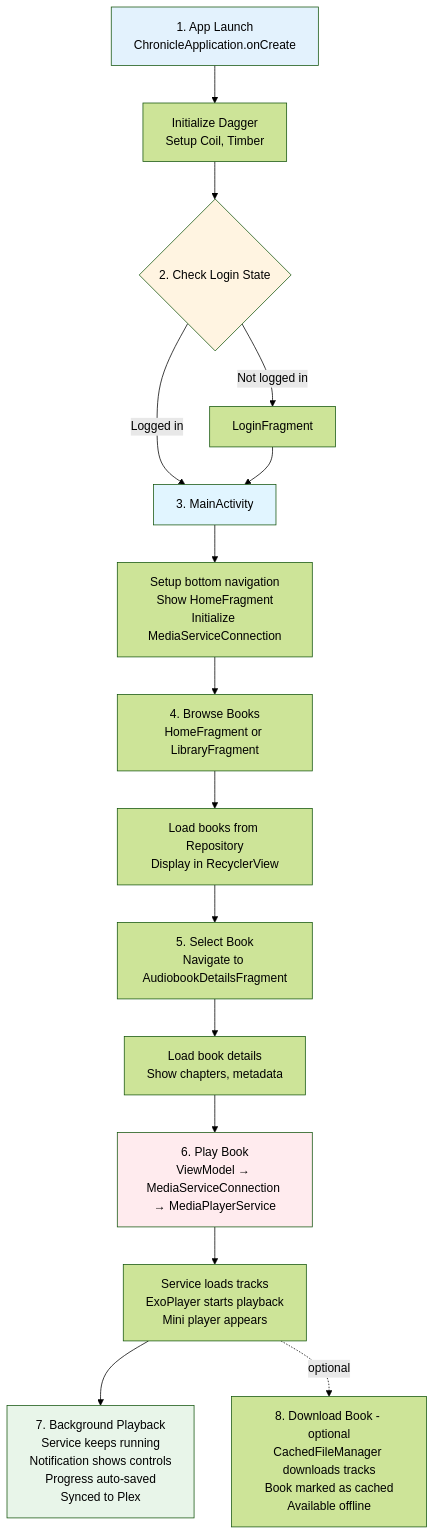
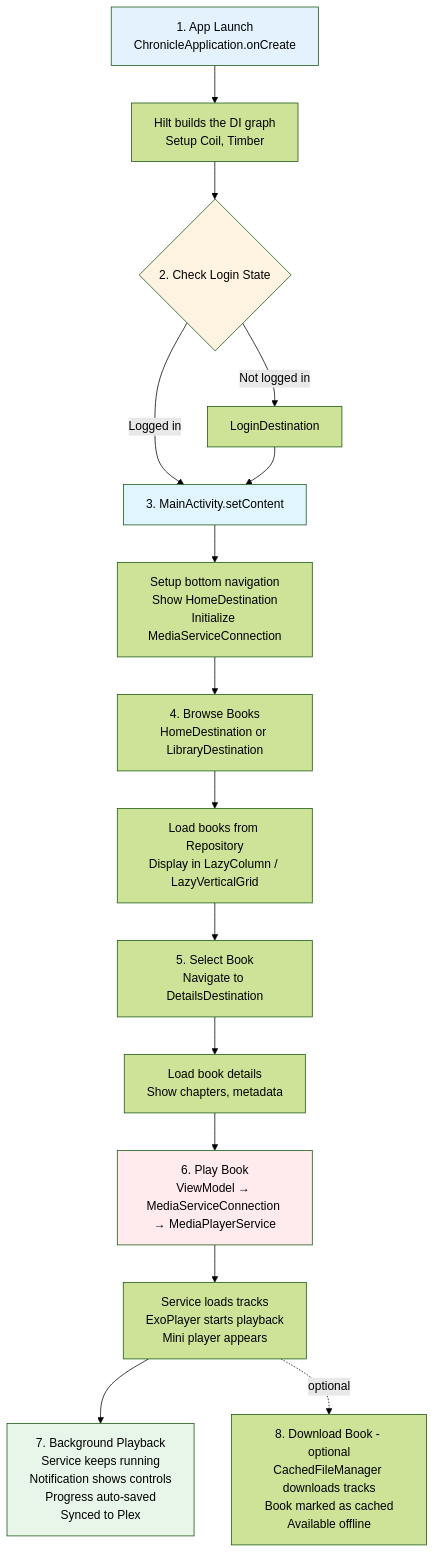
The eighth of 8 diagrams in backlog/docs/reference/07-visual-guide.md (alebianco/chronicle), drawn with Mermaid (forest theme) before and after one commit. The commit also changed other lines of this file and 73 other files, not shown here.

````diff
--- a/backlog/docs/reference/07-visual-guide.md
+++ b/backlog/docs/reference/07-visual-guide.md
@@ -281,38 +284,38 @@
 ```mermaid
 flowchart TD
     A[1. App Launch<br/>ChronicleApplication.onCreate]
-    B[Initialize Dagger<br/>Setup Coil, Timber]
+    B[Hilt builds the DI graph<br/>Setup Coil, Timber]
     C{2. Check Login State}
-    D[LoginFragment]
-    E[3. MainActivity]
-    F[Setup bottom navigation<br/>Show HomeFragment<br/>Initialize MediaServiceConnection]
-    G[4. Browse Books<br/>HomeFragment or LibraryFragment]
-    H[Load books from Repository<br/>Display in RecyclerView]
-    I[5. Select Book<br/>Navigate to AudiobookDetailsFragment]
+    D[LoginDestination]
+    E[3. MainActivity.setContent]
+    F[Setup bottom navigation<br/>Show HomeDestination<br/>Initialize MediaServiceConnection]
+    G[4. Browse Books<br/>HomeDestination or LibraryDestination]
+    H[Load books from Repository<br/>Display in LazyColumn / LazyVerticalGrid]
+    I[5. Select Book<br/>Navigate to DetailsDestination]
     J[Load book details<br/>Show chapters, metadata]
     K[6. Play Book<br/>ViewModel → MediaServiceConnection → MediaPlayerService]
     L[Service loads tracks<br/>ExoPlayer starts playback<br/>Mini player appears]
     M[7. Background Playback<br/>Service keeps running<br/>Notification shows controls<br/>Progress auto-saved<br/>Synced to Plex]
     N[8. Download Book - optional<br/>CachedFileManager downloads tracks<br/>Book marked as cached<br/>Available offline]
     
     A --> B
     B --> C
     C -->|Not logged in| D
     C -->|Logged in| E
     D --> E
     E --> F
     F --> G
     G --> H
     H --> I
     I --> J
     J --> K
     K --> L
     L --> M
     L -.optional.-> N
     
     style A fill:#e3f2fd
     style C fill:#fff4e1
     style E fill:#e1f5ff
     style K fill:#ffebee
     style M fill:#e8f5e9
 ```
````
